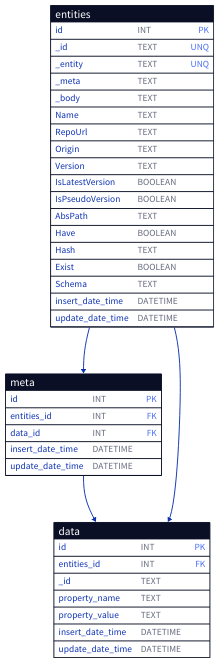
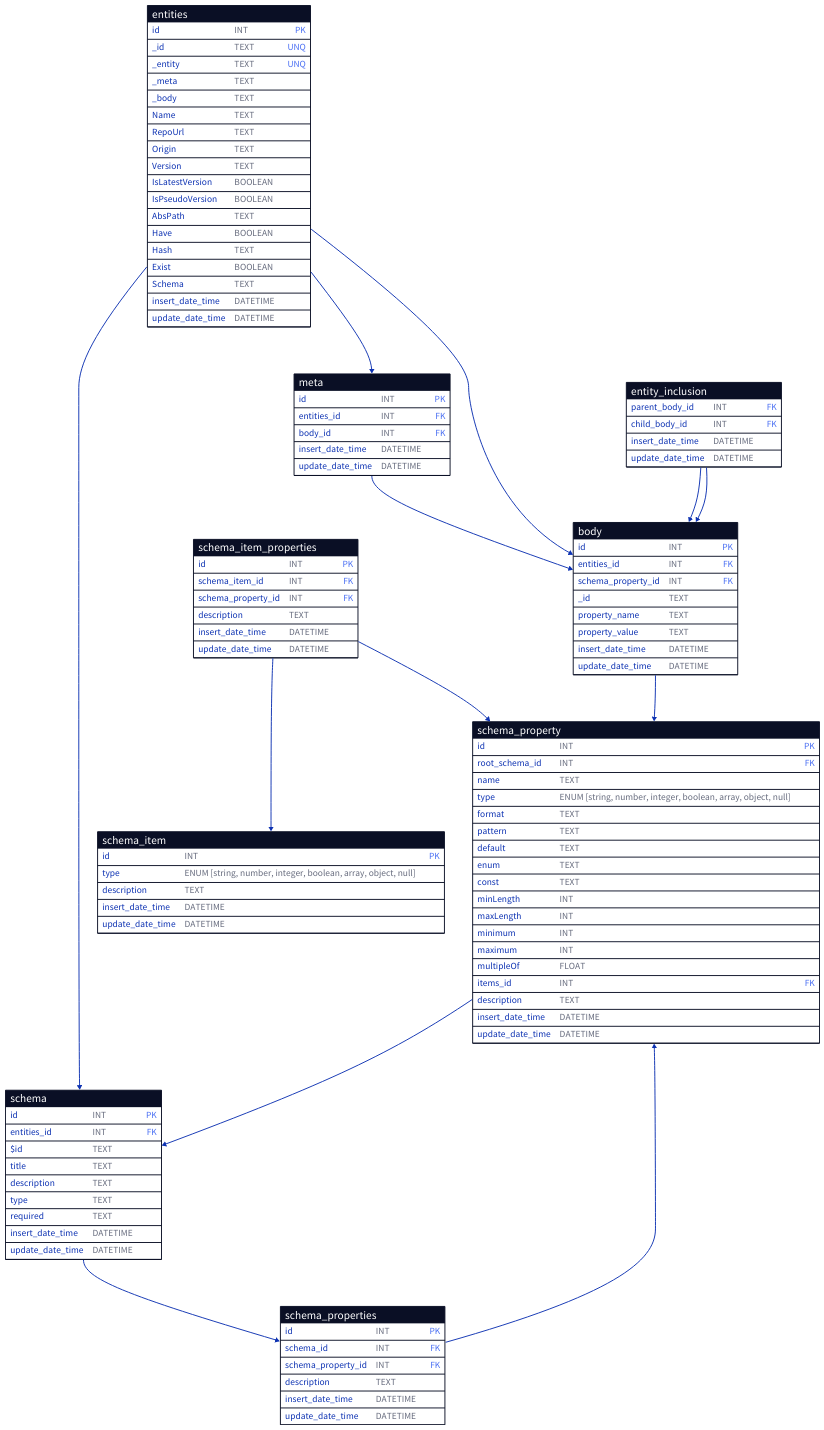
Before and after one commit to AmadlaOrg/YECE: the diagram in .docs/diagram/caching-db-struct.d2, drawn with D2. The commit also changed 2 other files, not shown here.

Commit message:
Continued to work on the Query language EQL and the db schema struct.

```diff
--- a/.docs/diagram/caching-db-struct.d2
+++ b/.docs/diagram/caching-db-struct.d2
@@ -1,46 +1,133 @@
+# TODO: Need to add other schema details like data type, constrains, etc. From the information here we need to be able to regenerate the schema and the .hery file. Maybe add another table for other details from the schema
+
 entities: {
   shape: sql_table
   id: INT {constraint: primary_key}
   _id: TEXT {constraint: unique}
   _entity: TEXT {constraint: unique}
   _meta: TEXT
   _body: TEXT
   Name: TEXT
   RepoUrl: TEXT
   Origin: TEXT
   Version: TEXT
   IsLatestVersion: BOOLEAN
   IsPseudoVersion: BOOLEAN
   AbsPath: TEXT
   Have: BOOLEAN
   Hash: TEXT
   Exist: BOOLEAN
   Schema: TEXT
   insert_date_time: DATETIME
   update_date_time: DATETIME
 }
 
 meta: {
   shape: sql_table
   id: INT {constraint: primary_key}
   entities_id: INT {constraint: foreign_key}
-  data_id: INT {constraint: foreign_key}
+  body_id: INT {constraint: foreign_key}
   insert_date_time: DATETIME
   update_date_time: DATETIME
 }
 
-# TODO: Need to add other schema details like data type, constrains, etc. From the information here we need to be able to regenerate the schema and the .hery file. Maybe add another table for other details from the schema
-data: {
+body: {
   shape: sql_table
   id: INT {constraint: primary_key}
   entities_id: INT {constraint: foreign_key}
+  schema_property_id: INT {constraint: foreign_key}
   _id: TEXT
   property_name: TEXT
   property_value: TEXT
   insert_date_time: DATETIME
   update_date_time: DATETIME
 }
 
+entity_inclusion: {
+  shape: sql_table
+  parent_body_id: INT {constraint: foreign_key}
+  child_body_id: INT {constraint: foreign_key}
+  insert_date_time: DATETIME
+  update_date_time: DATETIME
+}
+
+schema: {
+  shape: sql_table
+  id: INT {constraint: primary_key}
+  entities_id: INT {constraint: foreign_key}
+  \$id: TEXT
+  title: TEXT
+  description: TEXT
+  type: TEXT
+  required: TEXT
+  insert_date_time: DATETIME
+  update_date_time: DATETIME
+}
+
+schema_properties: {
+  shape: sql_table
+  id: INT {constraint: primary_key}
+  schema_id: INT {constraint: foreign_key}
+  schema_property_id: INT {constraint: foreign_key}
+  description: TEXT
+  insert_date_time: DATETIME
+  update_date_time: DATETIME
+}
+
+schema_property: {
+  shape: sql_table
+  id: INT {constraint: primary_key}
+  root_schema_id: INT {constraint: foreign_key}
+  name: TEXT
+  type: ENUM \[string, number, integer, boolean, array, object, null\]
+  format: TEXT
+  pattern: TEXT
+  default: TEXT
+  enum: TEXT
+  const: TEXT
+  minLength: INT
+  maxLength: INT
+  minimum: INT
+  maximum: INT
+  multipleOf: FLOAT
+  items_id: INT {constraint: foreign_key}
+  description: TEXT
+  insert_date_time: DATETIME
+  update_date_time: DATETIME
+}
+
+schema_item_properties: {
+  shape: sql_table
+  id: INT {constraint: primary_key}
+  schema_item_id: INT {constraint: foreign_key}
+  schema_property_id: INT {constraint: foreign_key}
+  description: TEXT
+  insert_date_time: DATETIME
+  update_date_time: DATETIME
+}
+
+schema_item: {
+  shape: sql_table
+  id: INT {constraint: primary_key}
+  type: ENUM \[string, number, integer, boolean, array, object, null\]
+  description: TEXT
+  insert_date_time: DATETIME
+  update_date_time: DATETIME
+}
+
 entities.id -> meta.entities_id
-meta.data_id -> data.id
-entities.id -> data.entities_id
+meta.body_id -> body.id
+entities.id -> body.entities_id
+entities.id -> schema.entities_id
+
+schema.id -> schema_properties.schema_id
+schema_properties.schema_property_id -> schema_property.id
+schema_item_properties.schema_item_id -> schema_item.id
+schema_item_properties.schema_property_id -> schema_property.id
+
+entity_inclusion.parent_body_id -> body.id
+entity_inclusion.child_body_id -> body.id
+
+body.schema_property_id -> schema_property.id
+
+schema_property.root_schema_id -> schema.id
```
